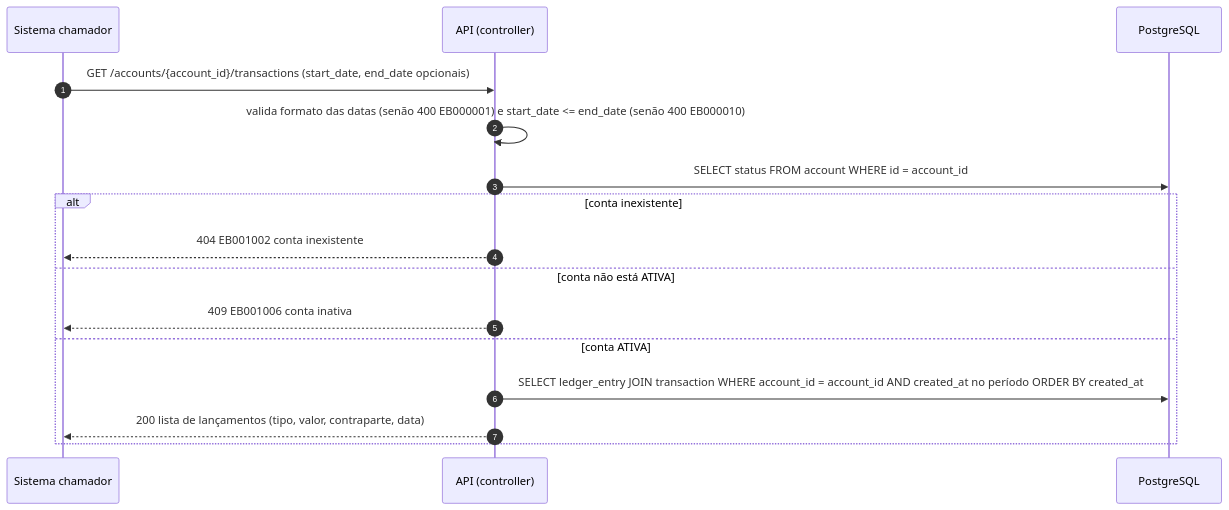
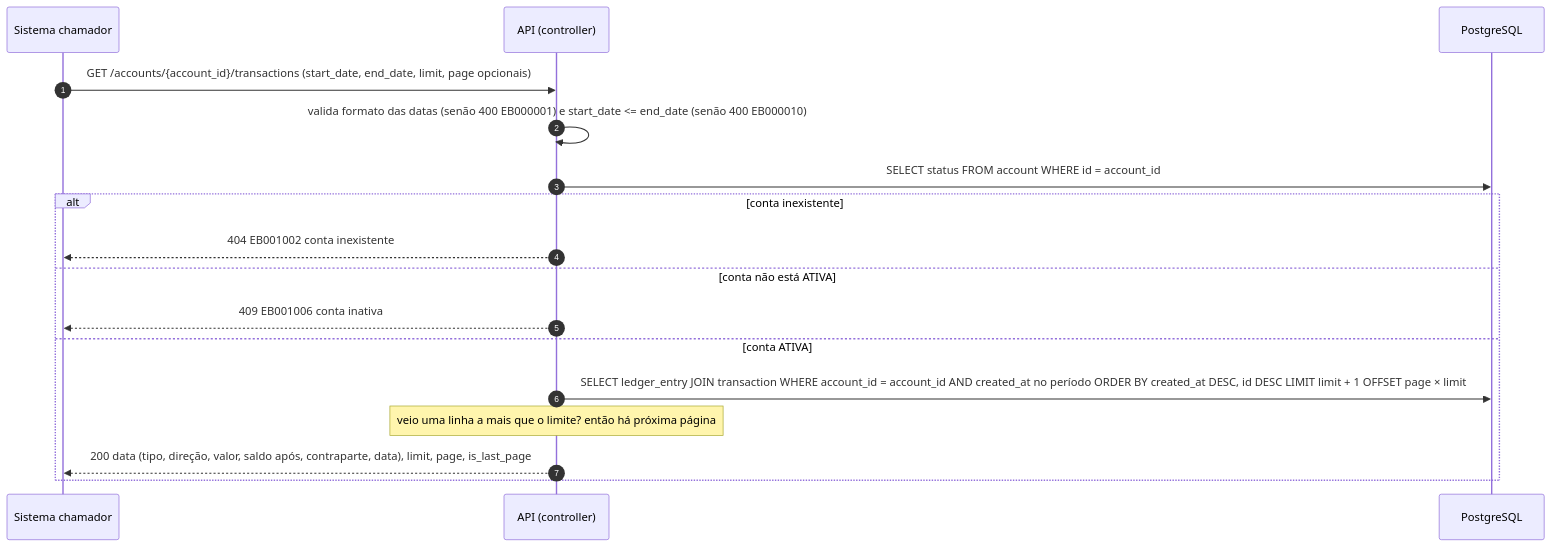
One commit to fernandobvm/bootcamp-qi-26-bankrepo changed the ninth of 11 diagrams in bootcamp-rfc-modelo.md. Above: the diagram before and after it, drawn with Mermaid. The commit also changed other lines of this file and 58 other files, not shown here.

Commit message:
Added new features for bank products, including account and customer management, transaction handling, and related controllers, DTOs, repositories, and resources. Updated existing models, schemas, and tests to support these new functionalities.

````diff
--- a/bootcamp-rfc-modelo.md
+++ b/bootcamp-rfc-modelo.md
@@ -360,19 +409,20 @@
 ```mermaid
 sequenceDiagram
     autonumber
     participant S as Sistema chamador
     participant API as API (controller)
     participant DB as PostgreSQL
 
-    S->>API: GET /accounts/{account_id}/transactions (start_date, end_date opcionais)
+    S->>API: GET /accounts/{account_id}/transactions (start_date, end_date, limit, page opcionais)
     API->>API: valida formato das datas (senão 400 EB000001) e start_date <= end_date (senão 400 EB000010)
     API->>DB: SELECT status FROM account WHERE id = account_id
     alt conta inexistente
         API-->>S: 404 EB001002 conta inexistente
     else conta não está ATIVA
         API-->>S: 409 EB001006 conta inativa
     else conta ATIVA
-        API->>DB: SELECT ledger_entry JOIN transaction WHERE account_id = account_id AND created_at no período ORDER BY created_at
-        API-->>S: 200 lista de lançamentos (tipo, valor, contraparte, data)
+        API->>DB: SELECT ledger_entry JOIN transaction WHERE account_id = account_id AND created_at no período ORDER BY created_at DESC, id DESC LIMIT limit + 1 OFFSET page × limit
+        Note over API: veio uma linha a mais que o limite? então há próxima página
+        API-->>S: 200 data (tipo, direção, valor, saldo após, contraparte, data), limit, page, is_last_page
     end
 ```
````
